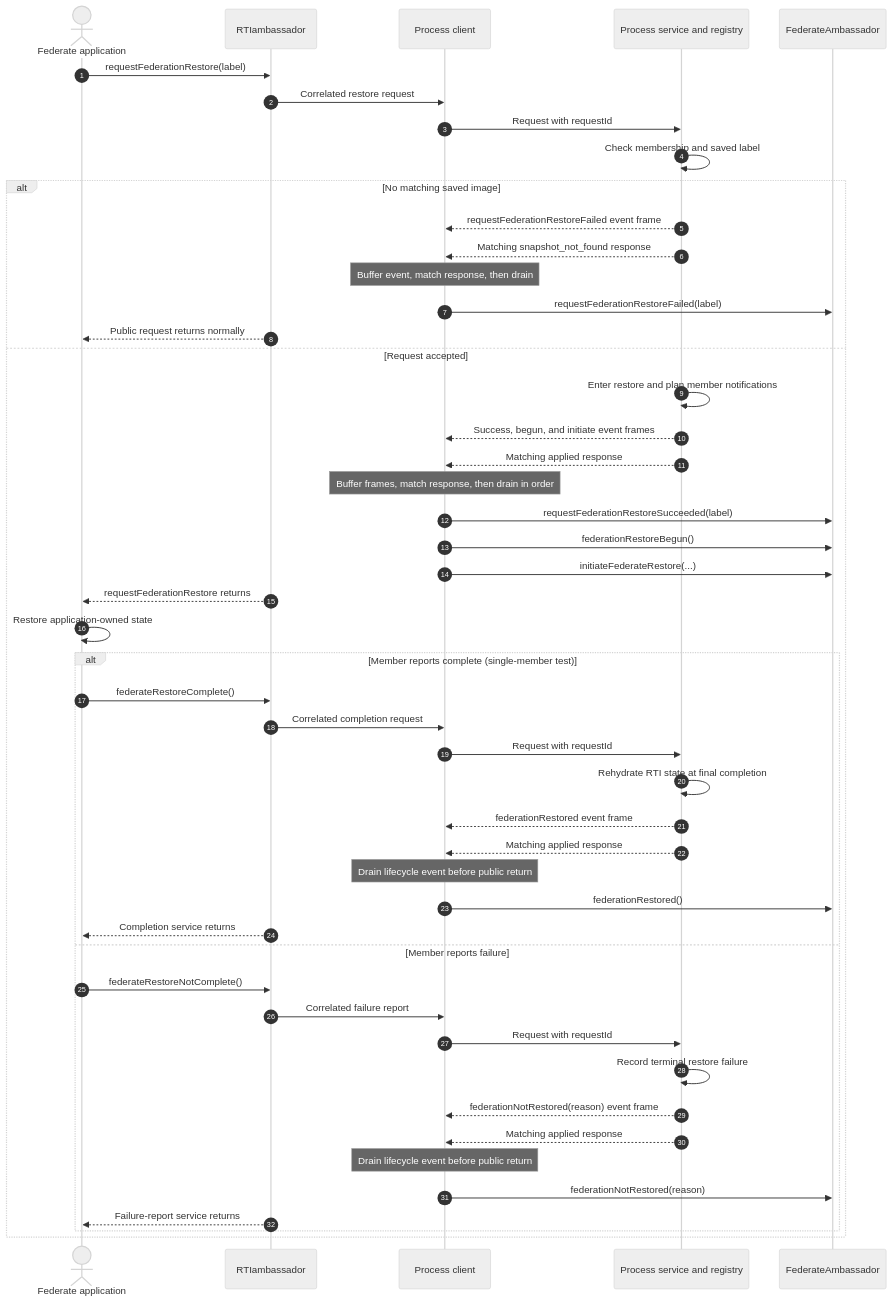
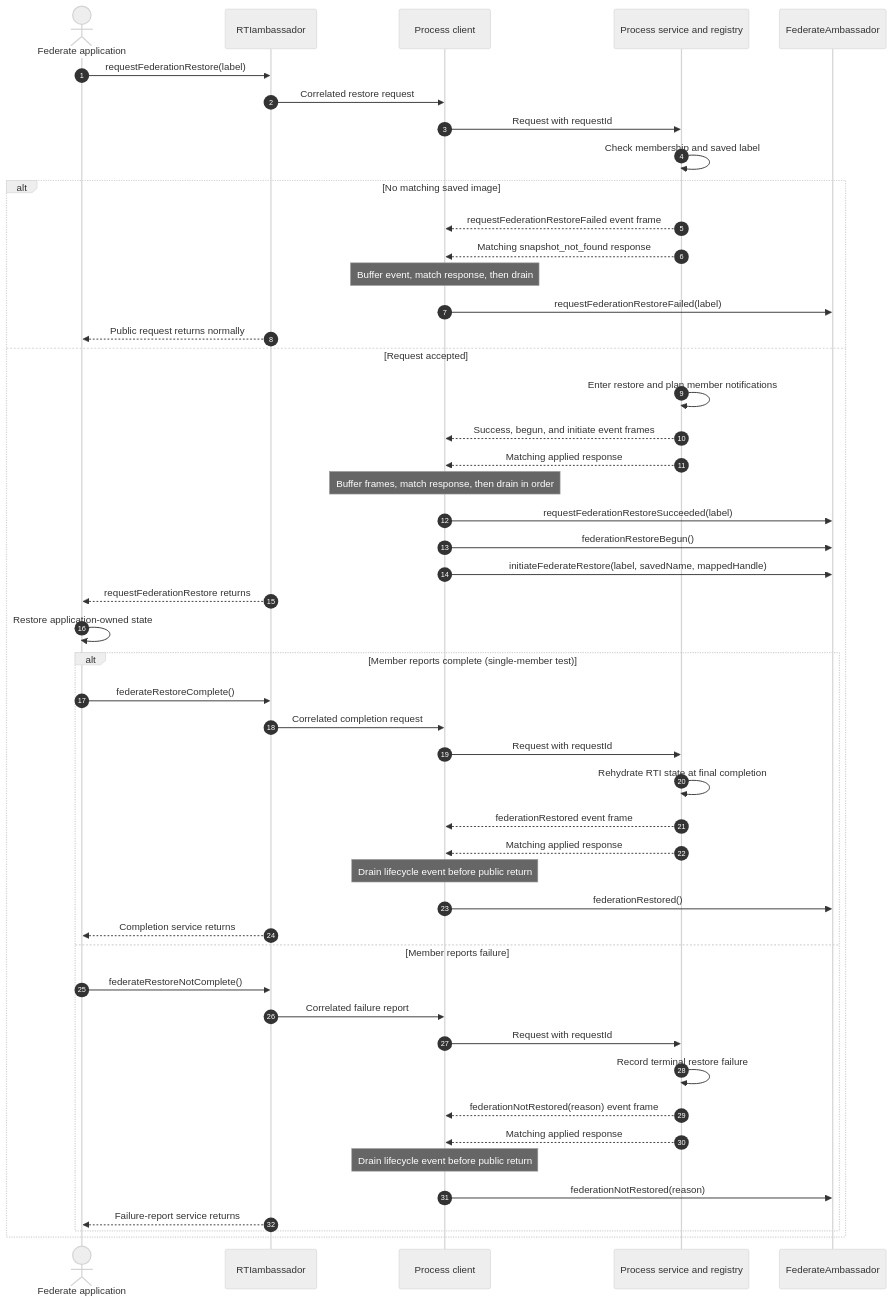
Diagram 14 of 33 in docs/design/HLA-2025-FEDERATION-SAVE-RESTORE-FLOW-GUIDE.md (sheepfling/umbra), drawn with Mermaid (neutral theme) before and after one commit. The commit also changed other lines of this file and 39 other files, not shown here.

Commit message:
Document IEEE 1516.1-2025 behavior flows

````diff
--- a/docs/design/HLA-2025-FEDERATION-SAVE-RESTORE-FLOW-GUIDE.md
+++ b/docs/design/HLA-2025-FEDERATION-SAVE-RESTORE-FLOW-GUIDE.md
@@ -866,52 +1053,52 @@
 ```mermaid
 sequenceDiagram
   autonumber
   actor App as Federate application
   participant RTI as RTIambassador
   participant Client as Process client
   participant Service as Process service and registry
   participant FA as FederateAmbassador
 
   App->>RTI: requestFederationRestore(label)
   RTI->>Client: Correlated restore request
   Client->>Service: Request with requestId
   Service->>Service: Check membership and saved label
   alt No matching saved image
     Service-->>Client: requestFederationRestoreFailed event frame
     Service-->>Client: Matching snapshot_not_found response
     Note over Client: Buffer event, match response, then drain
     Client->>FA: requestFederationRestoreFailed(label)
     RTI-->>App: Public request returns normally
   else Request accepted
     Service->>Service: Enter restore and plan member notifications
     Service-->>Client: Success, begun, and initiate event frames
     Service-->>Client: Matching applied response
     Note over Client: Buffer frames, match response, then drain in order
     Client->>FA: requestFederationRestoreSucceeded(label)
     Client->>FA: federationRestoreBegun()
-    Client->>FA: initiateFederateRestore(...)
+    Client->>FA: initiateFederateRestore(label, savedName, mappedHandle)
     RTI-->>App: requestFederationRestore returns
     App->>App: Restore application-owned state
     alt Member reports complete (single-member test)
       App->>RTI: federateRestoreComplete()
       RTI->>Client: Correlated completion request
       Client->>Service: Request with requestId
       Service->>Service: Rehydrate RTI state at final completion
       Service-->>Client: federationRestored event frame
       Service-->>Client: Matching applied response
       Note over Client: Drain lifecycle event before public return
       Client->>FA: federationRestored()
       RTI-->>App: Completion service returns
     else Member reports failure
       App->>RTI: federateRestoreNotComplete()
       RTI->>Client: Correlated failure report
       Client->>Service: Request with requestId
       Service->>Service: Record terminal restore failure
       Service-->>Client: federationNotRestored(reason) event frame
       Service-->>Client: Matching applied response
       Note over Client: Drain lifecycle event before public return
       Client->>FA: federationNotRestored(reason)
       RTI-->>App: Failure-report service returns
     end
   end
 ```
````
